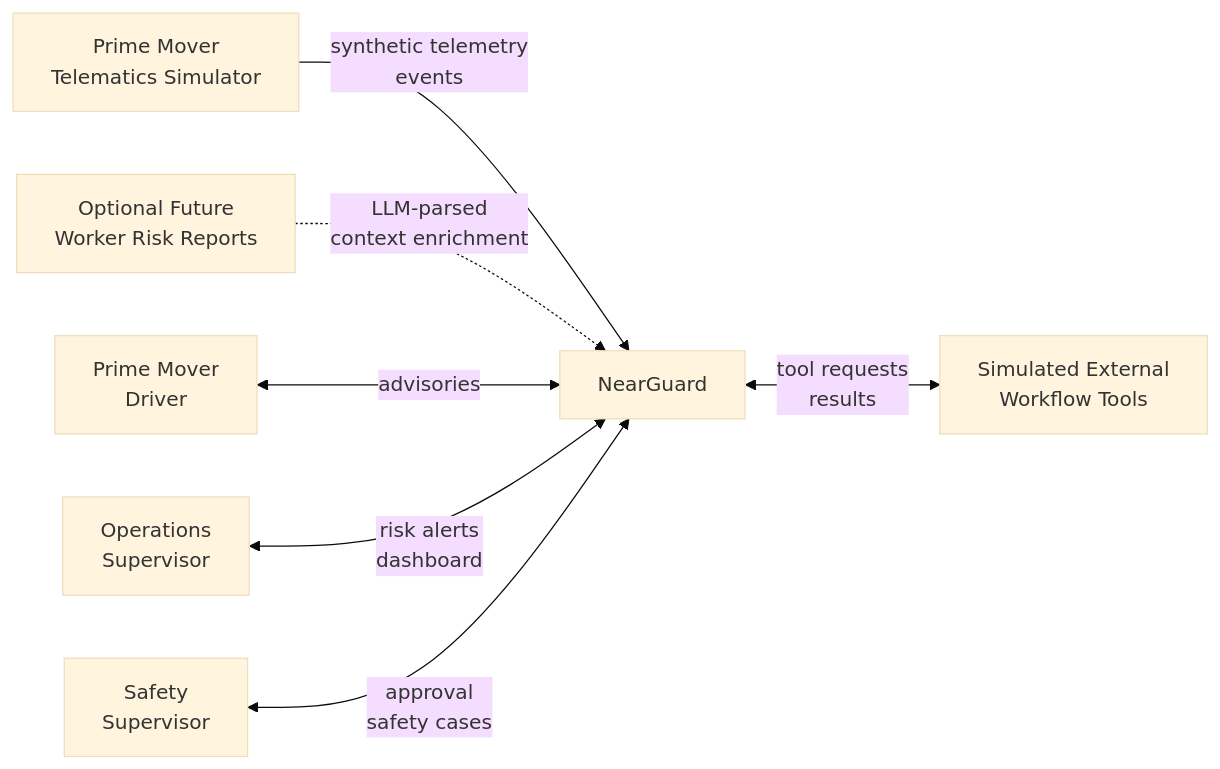
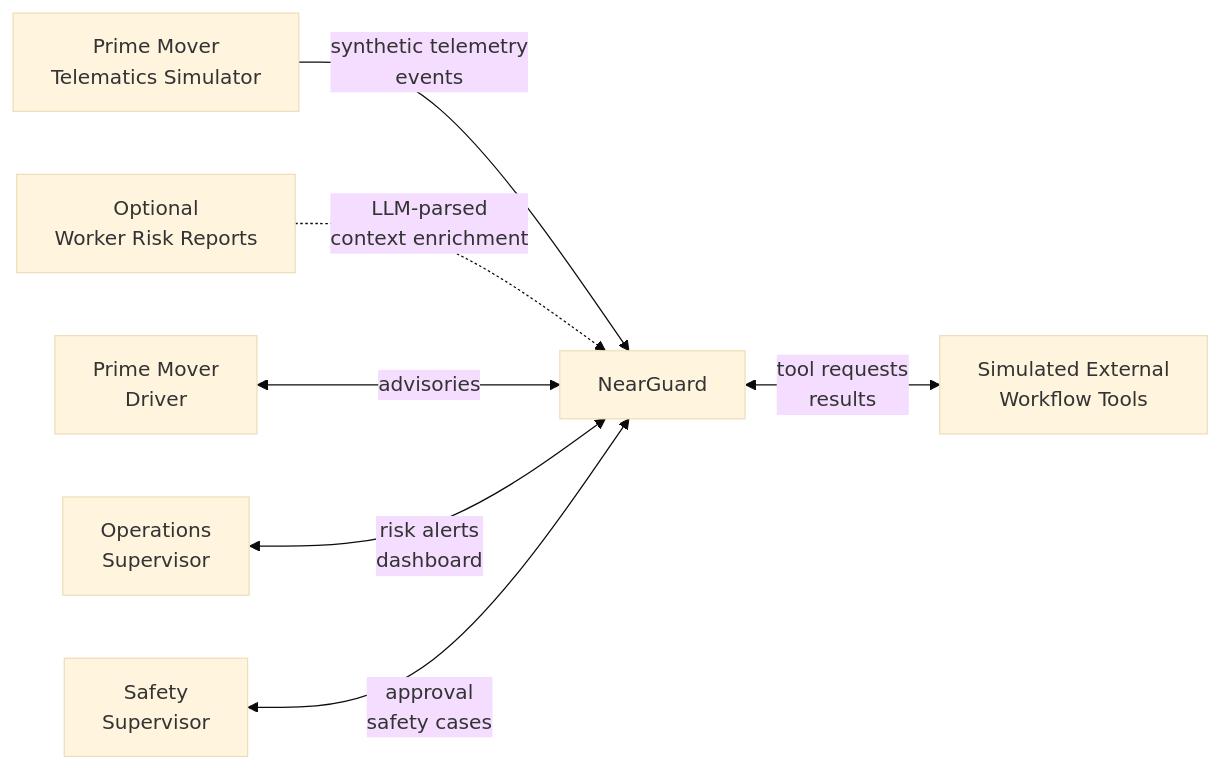
The first of 5 diagrams in docs/design.md (juneha1120/nearguard), drawn with Mermaid (base theme) before and after one commit. The commit also changed other lines of this file and 7 other files, not shown here.

````diff
--- a/docs/design.md
+++ b/docs/design.md
@@ -48,17 +48,17 @@
 ```mermaid
 flowchart LR
     Driver[Prime Mover<br/>Driver]
     Ops[Operations<br/>Supervisor]
     Safety[Safety<br/>Supervisor]
     NearGuard[NearGuard]
     EventSource[Prime Mover<br/>Telematics Simulator]
-    WorkerReports[Optional Future<br/>Worker Risk Reports]
+    WorkerReports[Optional<br/>Worker Risk Reports]
     ToolSystems[Simulated External<br/>Workflow Tools]
 
     EventSource -->|synthetic telemetry<br/>events| NearGuard
     WorkerReports -.->|LLM-parsed<br/>context enrichment| NearGuard
     Driver <-->|advisories| NearGuard
     Ops <-->|risk alerts<br/>dashboard| NearGuard
     Safety <-->|approval<br/>safety cases| NearGuard
     NearGuard <-->|tool requests<br/>results| ToolSystems
 ```
````
